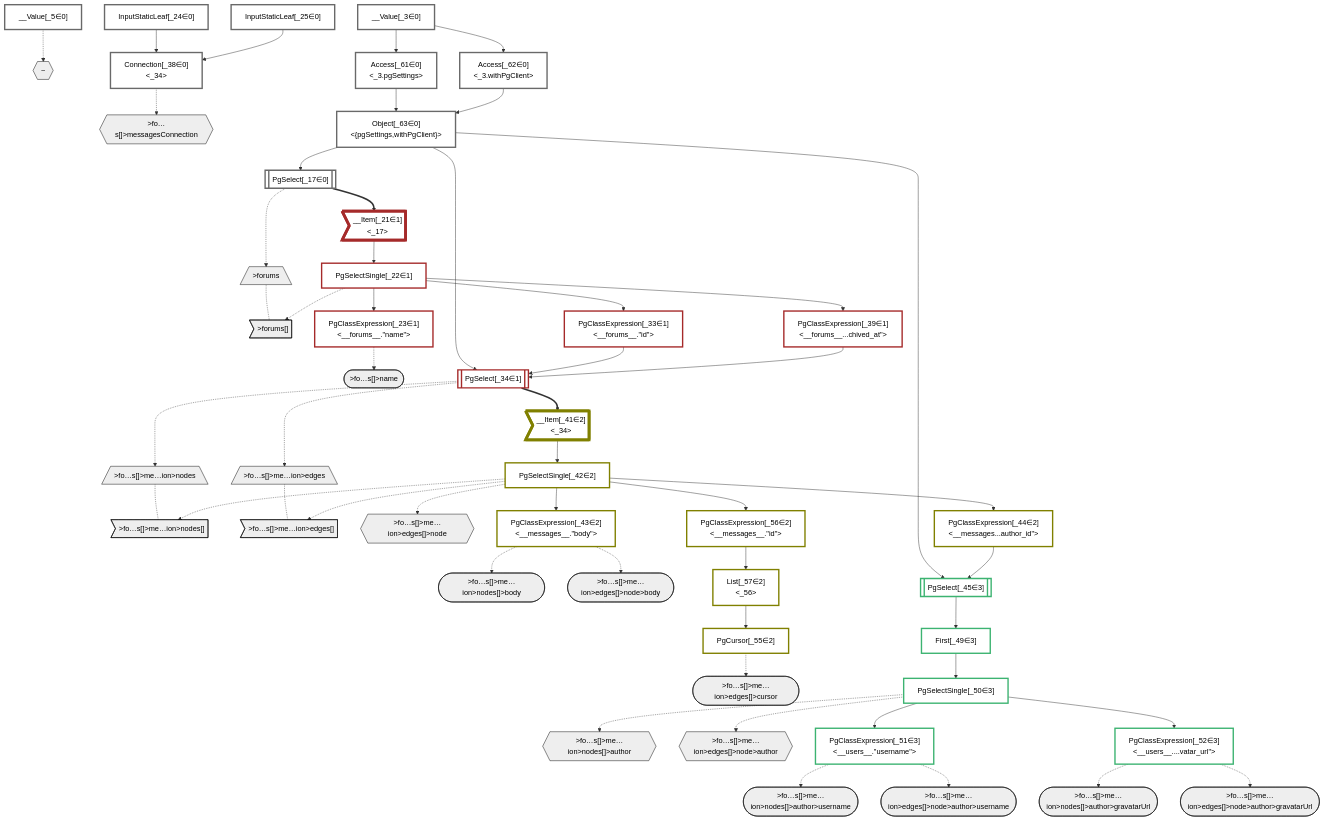
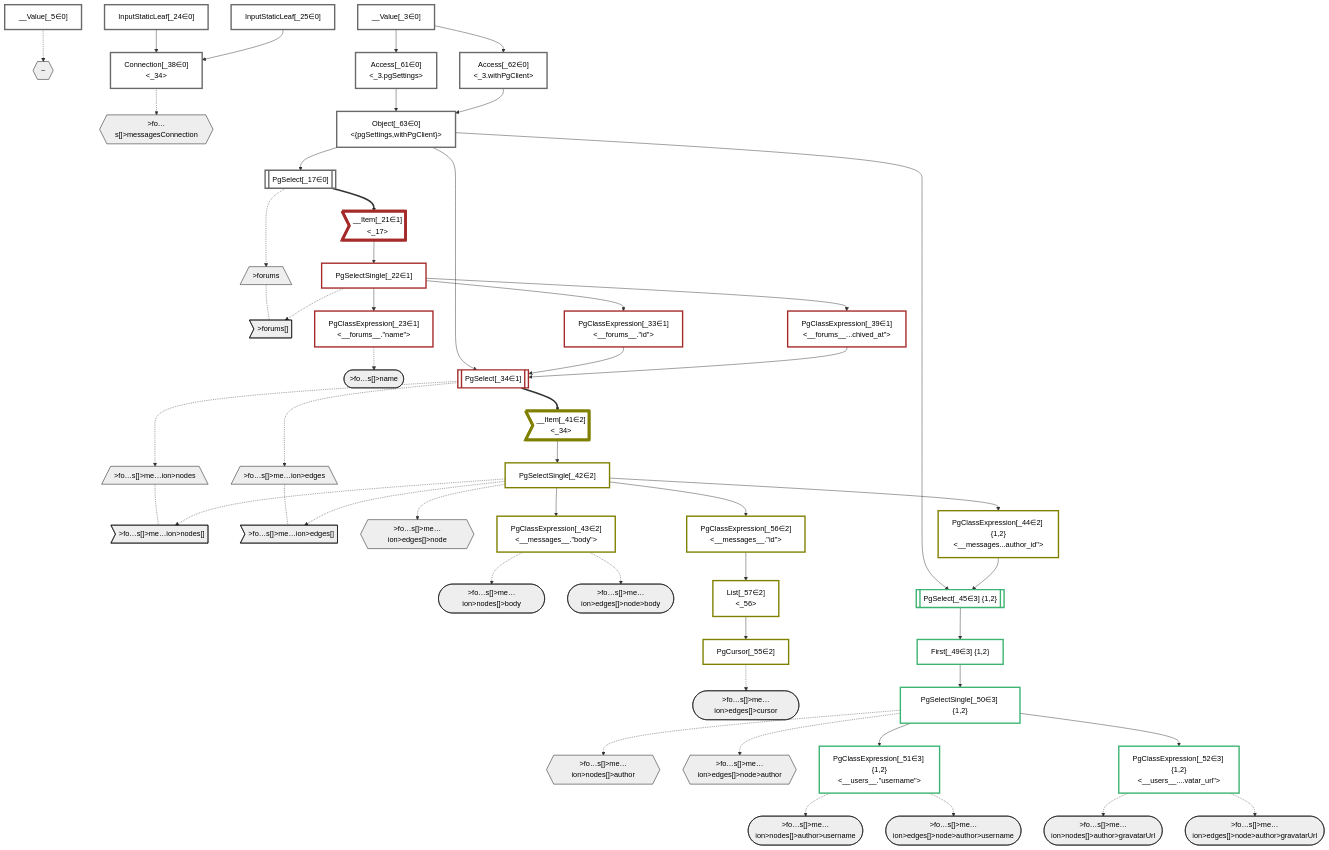
One commit to graphile/crystal changed the diagram in packages/dataplan-pg/__tests__/queries/conditions/archived-forum-inherited-messages.defer-6.deopt.mermaid.md. Above: the diagram before and after it, drawn with Mermaid. The commit also changed 46 other files, not shown here.

Commit message:
Add groupIds to plan graphs

```diff
--- a/packages/dataplan-pg/__tests__/queries/conditions/archived-forum-inherited-messages.defer-6.deopt.mermaid.md
+++ b/packages/dataplan-pg/__tests__/queries/conditions/archived-forum-inherited-messages.defer-6.deopt.mermaid.md
@@ -61,12 +61,12 @@
     __Item_41>"__Item[_41∈2]<br /><_34>"]:::itemplan
     PgSelectSingle_42["PgSelectSingle[_42∈2]<br /><messages>"]:::plan
     PgClassExpression_43["PgClassExpression[_43∈2]<br /><__messages__.#quot;body#quot;>"]:::plan
-    PgClassExpression_44["PgClassExpression[_44∈2]<br /><__messages...author_id#quot;>"]:::plan
-    PgSelect_45[["PgSelect[_45∈3]<br /><users>"]]:::plan
-    First_49["First[_49∈3]"]:::plan
-    PgSelectSingle_50["PgSelectSingle[_50∈3]<br /><users>"]:::plan
-    PgClassExpression_51["PgClassExpression[_51∈3]<br /><__users__.#quot;username#quot;>"]:::plan
-    PgClassExpression_52["PgClassExpression[_52∈3]<br /><__users__....vatar_url#quot;>"]:::plan
+    PgClassExpression_44["PgClassExpression[_44∈2] {1,2}<br /><__messages...author_id#quot;>"]:::plan
+    PgSelect_45[["PgSelect[_45∈3] {1,2}<br /><users>"]]:::plan
+    First_49["First[_49∈3] {1,2}"]:::plan
+    PgSelectSingle_50["PgSelectSingle[_50∈3] {1,2}<br /><users>"]:::plan
+    PgClassExpression_51["PgClassExpression[_51∈3] {1,2}<br /><__users__.#quot;username#quot;>"]:::plan
+    PgClassExpression_52["PgClassExpression[_52∈3] {1,2}<br /><__users__....vatar_url#quot;>"]:::plan
     PgCursor_55["PgCursor[_55∈2]"]:::plan
     PgClassExpression_56["PgClassExpression[_56∈2]<br /><__messages__.#quot;id#quot;>"]:::plan
     List_57["List[_57∈2]<br /><_56>"]:::plan
```
